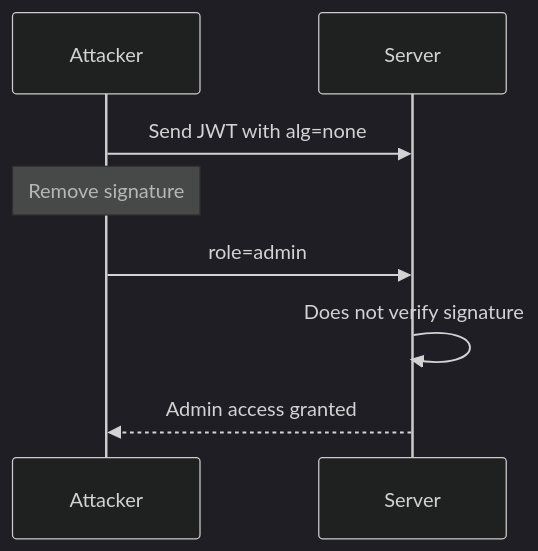
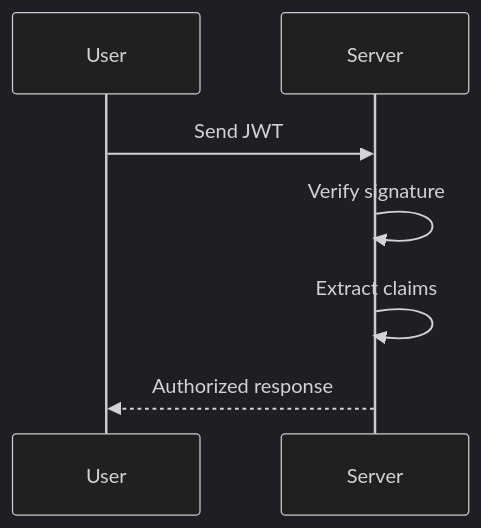
Before and after one commit to rednexusacademy/rednexusacademy.github.io: the third of 8 diagrams in _posts/2026-04-01-JWT2.md, drawn with Mermaid (dark theme). The commit also changed other lines of this file, not shown here.

````diff
--- a/_posts/2026-04-01-JWT2.md
+++ b/_posts/2026-04-01-JWT2.md
@@ -109,11 +170,10 @@
 ```mermaid
 sequenceDiagram
-    participant A as Attacker
+    participant U as User
     participant S as Server
 
-    A->>S: Send JWT with alg=none
-    Note over A: Remove signature
-    A->>S: role=admin
-    S->>S: Does not verify signature
-    S-->>A: Admin access granted
+    U->>S: Send JWT
+    S->>S: Verify signature
+    S->>S: Extract claims
+    S-->>U: Authorized response
 ```
````
